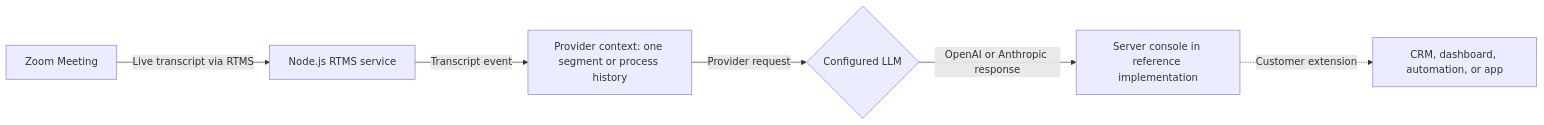
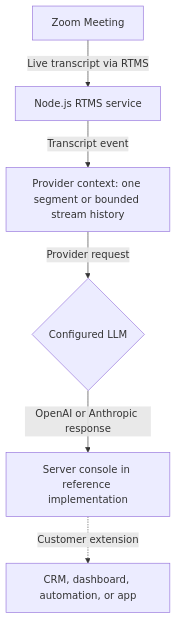
One commit to zoom/blueprints changed the diagram in blueprints/send-transcripts-to-llms/index.md. Above: the diagram before and after it, drawn with Mermaid. The commit also changed other lines of this file and 1 other file, not shown here.

Commit message:
Align LLM transcript Blueprint with current source

````diff
--- a/blueprints/send-transcripts-to-llms/index.md
+++ b/blueprints/send-transcripts-to-llms/index.md
@@ -70,8 +70,8 @@
 ```mermaid
-flowchart LR
+flowchart TB
     A[Zoom Meeting] -->|Live transcript via RTMS| B[Node.js RTMS service]
-    B -->|Transcript event| C[Provider context: one segment or process history]
+    B -->|Transcript event| C[Provider context: one segment or bounded stream history]
     C -->|Provider request| D{Configured LLM}
     D -->|OpenAI or Anthropic response| E[Server console in reference implementation]
     E -.->|Customer extension| F[CRM, dashboard, automation, or app]
 ```
````
